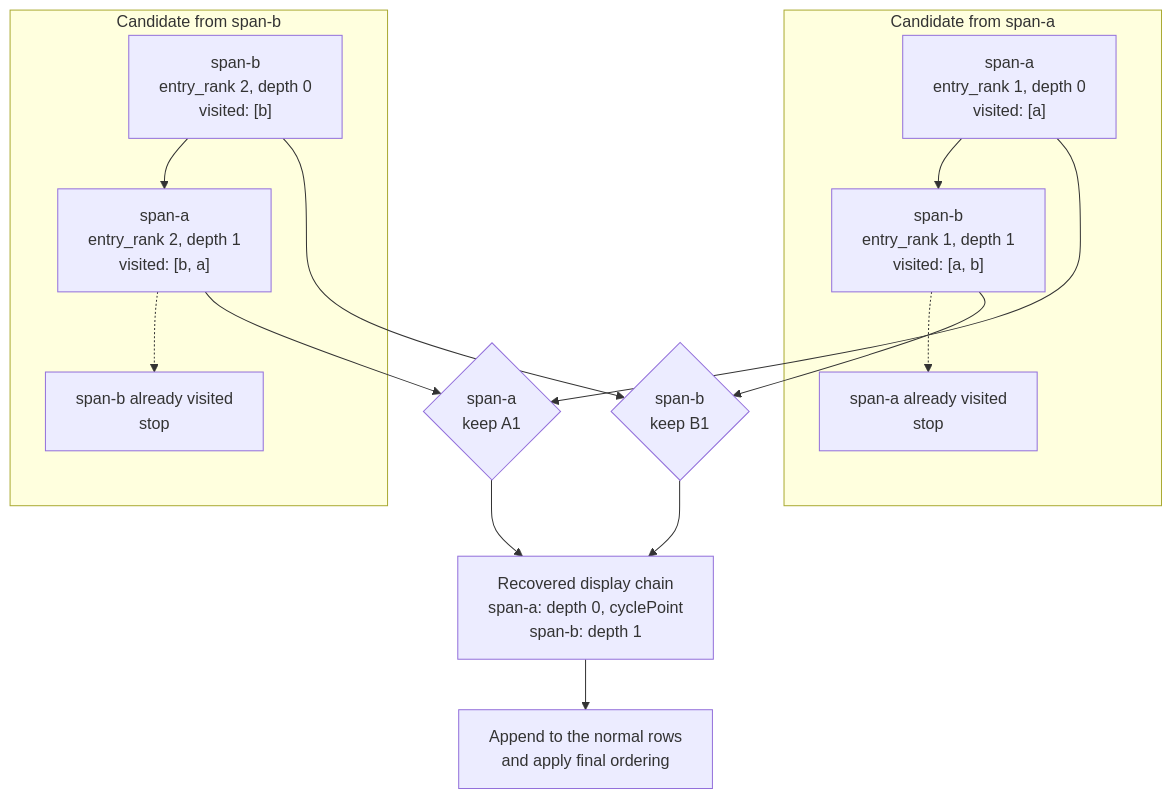
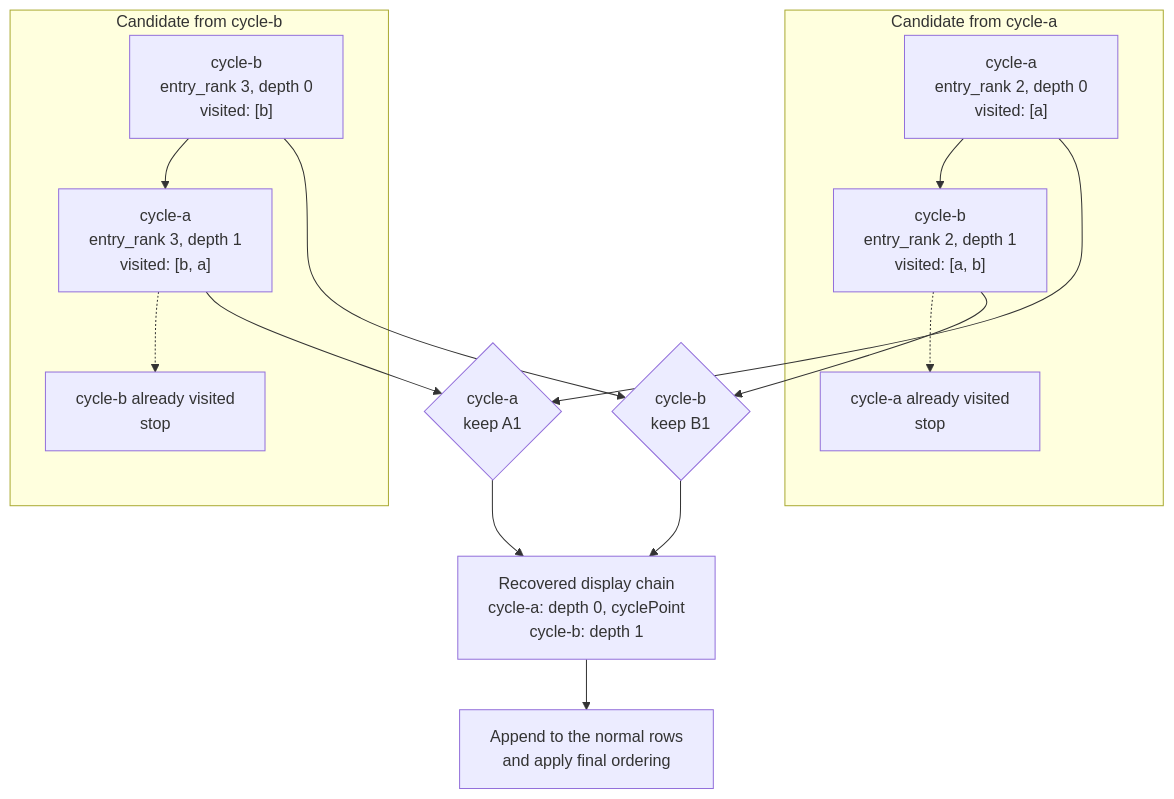
One commit to CtrlSpice/blog changed the diagram in content/building-trace-trees-with-recursive-ctes/index.md. Above: the diagram before and after it, drawn with Mermaid. The commit also changed other lines of this file and 1 other file, not shown here.

```diff
--- a/content/building-trace-trees-with-recursive-ctes/index.md
+++ b/content/building-trace-trees-with-recursive-ctes/index.md
@@ -266,26 +347,26 @@
 {{< mermaid >}}
 flowchart TB
     accTitle: Recovering a two-span cycle
-    accDescr: Candidate walks begin at span-a and span-b, stop when they encounter an already visited span, then compare both placements of each span and keep those from the first candidate.
+    accDescr: After an earlier off-cycle child receives entry rank one, candidate walks begin at cycle-a with rank two and cycle-b with rank three. Each walk stops when it encounters an already visited span, then both placements of each cycle member are compared and those from the cycle-a candidate are kept.
 
-    subgraph first["Candidate from span-a"]
-        A1["span-a<br/>entry_rank 1, depth 0<br/>visited: [a]"] --> B1["span-b<br/>entry_rank 1, depth 1<br/>visited: [a, b]"]
-        B1 -.-> S1["span-a already visited<br/>stop"]
+    subgraph first["Candidate from cycle-a"]
+        A1["cycle-a<br/>entry_rank 2, depth 0<br/>visited: [a]"] --> B1["cycle-b<br/>entry_rank 2, depth 1<br/>visited: [a, b]"]
+        B1 -.-> S1["cycle-a already visited<br/>stop"]
     end
 
-    subgraph second["Candidate from span-b"]
-        B2["span-b<br/>entry_rank 2, depth 0<br/>visited: [b]"] --> A2["span-a<br/>entry_rank 2, depth 1<br/>visited: [b, a]"]
-        A2 -.-> S2["span-b already visited<br/>stop"]
+    subgraph second["Candidate from cycle-b"]
+        B2["cycle-b<br/>entry_rank 3, depth 0<br/>visited: [b]"] --> A2["cycle-a<br/>entry_rank 3, depth 1<br/>visited: [b, a]"]
+        A2 -.-> S2["cycle-b already visited<br/>stop"]
     end
 
-    A1 --> KA{"span-a<br/>keep A1"}
+    A1 --> KA{"cycle-a<br/>keep A1"}
     A2 --> KA
-    B1 --> KB{"span-b<br/>keep B1"}
+    B1 --> KB{"cycle-b<br/>keep B1"}
     B2 --> KB
-    KA --> F["Recovered display chain<br/>span-a: depth 0, cyclePoint<br/>span-b: depth 1"]
+    KA --> F["Recovered display chain<br/>cycle-a: depth 0, cyclePoint<br/>cycle-b: depth 1"]
     KB --> F
     F --> R["Append to the normal rows<br/>and apply final ordering"]
 
     class A1,B1 kept
     class A2,B2 discarded
 {{< /mermaid >}}
```
